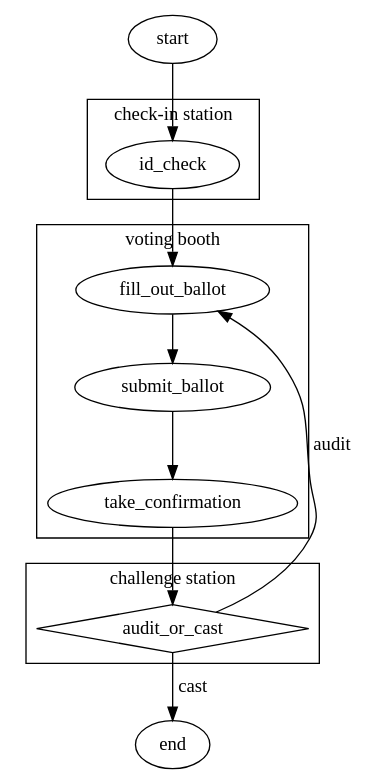
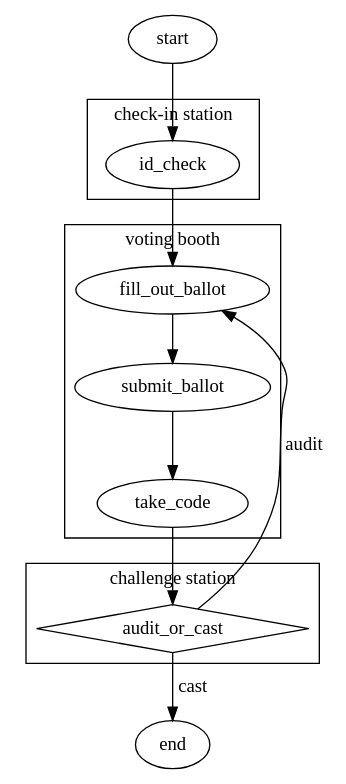
One commit to jefdaj/cryptoisland changed the diagram in src/posts/2024/10/15/mechanics-of-the-benaloh-challenge/current-workflow.dot. Above: the diagram before and after it, drawn with Graphviz. The commit also changed 3 other files, not shown here.

```diff
--- a/src/posts/2024/10/15/mechanics-of-the-benaloh-challenge/current-workflow.dot
+++ b/src/posts/2024/10/15/mechanics-of-the-benaloh-challenge/current-workflow.dot
@@ -1,28 +1,28 @@
 digraph current_workflow {
   start
   end
   start -> id_check
   subgraph cluster_votingbooth {
     label="voting booth"
-    fill_out_ballot -> submit_ballot -> take_confirmation
+    fill_out_ballot -> submit_ballot -> take_code
   }
   subgraph cluster_checkin {
     label="check-in station"
     id_check -> fill_out_ballot
   }
   subgraph cluster_challenge {
     label="challenge station"
     audit_or_cast [shape=diamond]
   }
   // TODO separate post
   // subgraph cluster_verify {
   //   label="verify tally"
   //   verify_vote_included -> verify_tally
   // }
-  take_confirmation -> audit_or_cast
+  take_code -> audit_or_cast
   audit_or_cast -> fill_out_ballot [label="audit", weight=0]
   // audit_or_cast -> verify_vote_included [label="cast"]
   audit_or_cast -> end [label="cast"]
   // verify_vote_included -> end
   // verify_tally -> end
 }
```
